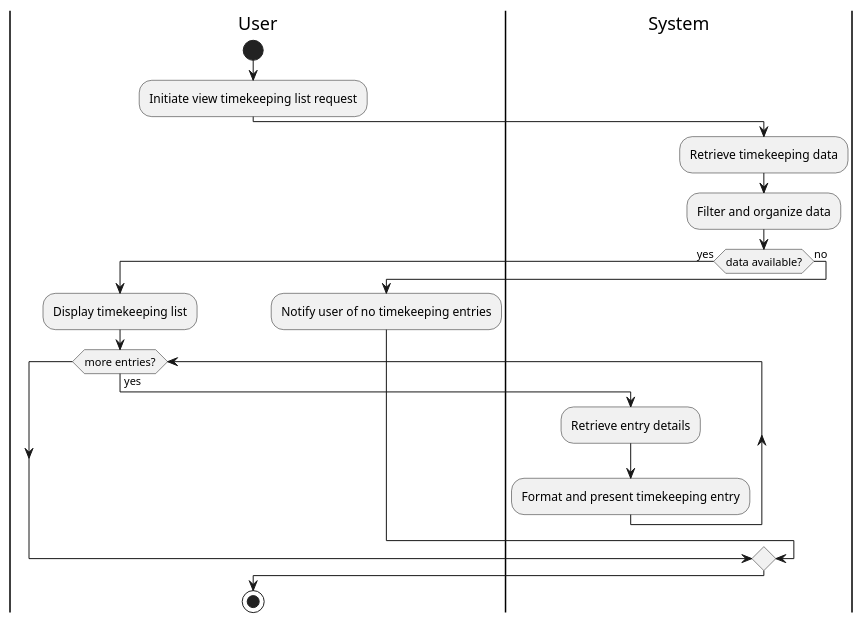
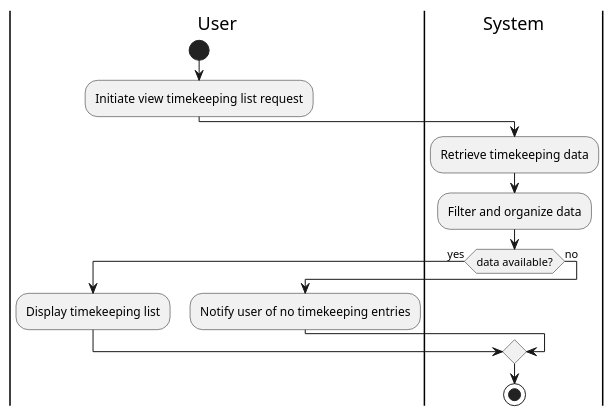
Before and after one commit to bthZang/SE357.O12.PMCL-practice: the diagram in Lab1.2/Activity/View timekeeping list.puml, drawn with PlantUML.

Commit message:
Update View timekeeping list.puml

```diff
--- a/Lab1.2/Activity/View timekeeping list.puml
+++ b/Lab1.2/Activity/View timekeeping list.puml
@@ -1,26 +1,21 @@
-@startuml "View timekeeping list"
+@startuml
 |User|
 start
 
 :Initiate view timekeeping list request;
 
 |System|
 :Retrieve timekeeping data;
 :Filter and organize data;
 
 if (data available?) then (yes)
   |User|
   :Display timekeeping list;
-  while (more entries?) is (yes)
-    |System|
-    :Retrieve entry details;
-    :Format and present timekeeping entry;
-  endwhile
 else (no)
   |User|
   :Notify user of no timekeeping entries;
 endif
 
-|User|
+|System|
 stop
 @enduml
```
